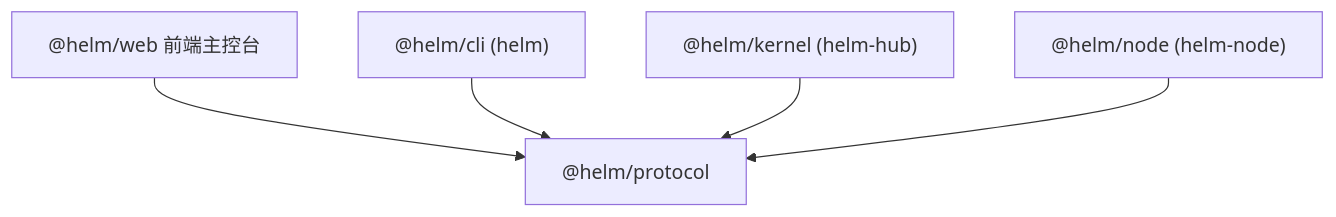
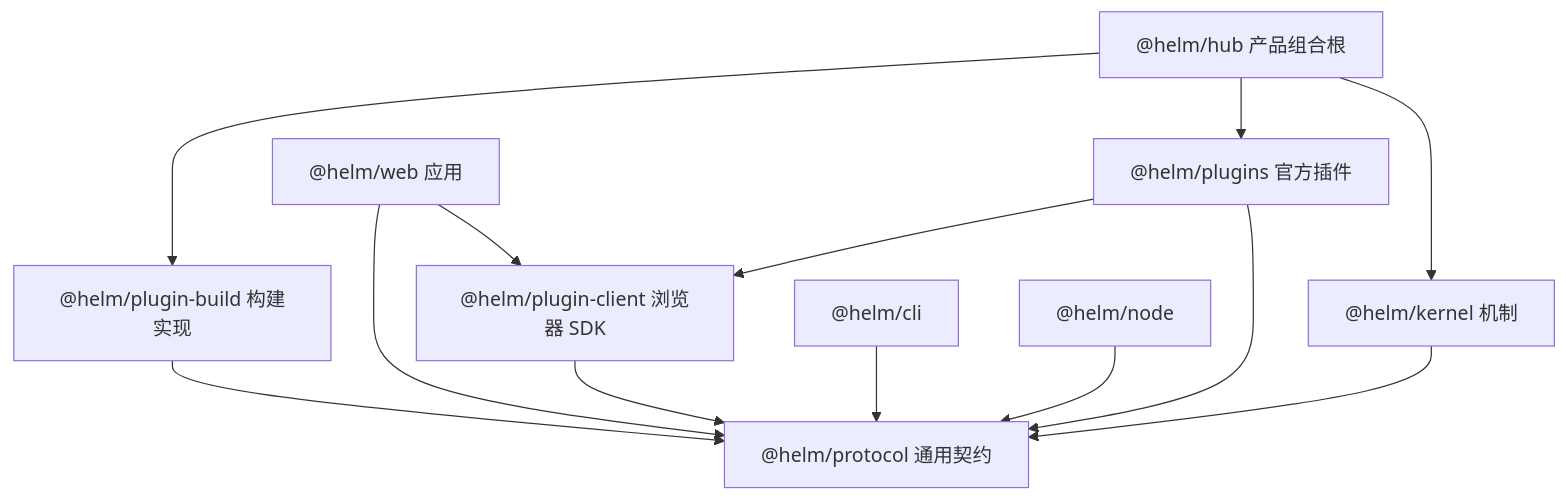
One commit to team4u/helm changed the second of 3 diagrams in docs/architecture/overview.md. Above: the diagram before and after it, drawn with Mermaid. The commit also changed other lines of this file and 3 other files, not shown here.

Commit message:
docs(architecture): 明确机制插件与产品组合的分包职责

````diff
--- a/docs/architecture/overview.md
+++ b/docs/architecture/overview.md
@@ -70,7 +70,15 @@
 ```mermaid
 flowchart TD
-    Web["@helm/web 前端主控台"] --> Protocol["@helm/protocol"]
-    Cli["@helm/cli (helm)"] --> Protocol
-    Kernel["@helm/kernel (helm-hub)"] --> Protocol
-    Node["@helm/node (helm-node)"] --> Protocol
+    Hub["@helm/hub 产品组合根"] --> Kernel["@helm/kernel 机制"]
+    Hub --> Plugins["@helm/plugins 官方插件"]
+    Hub --> Build["@helm/plugin-build 构建实现"]
+    Kernel --> Protocol["@helm/protocol 通用契约"]
+    Plugins --> Protocol
+    Plugins --> Client["@helm/plugin-client 浏览器 SDK"]
+    Build --> Protocol
+    Client --> Protocol
+    Web["@helm/web 应用"] --> Client
+    Web --> Protocol
+    Cli["@helm/cli"] --> Protocol
+    Node["@helm/node"] --> Protocol
 ```
````
